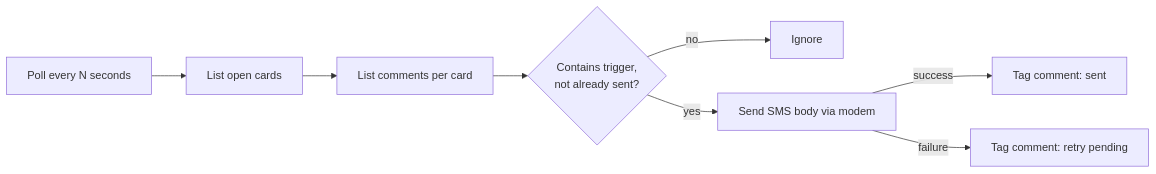
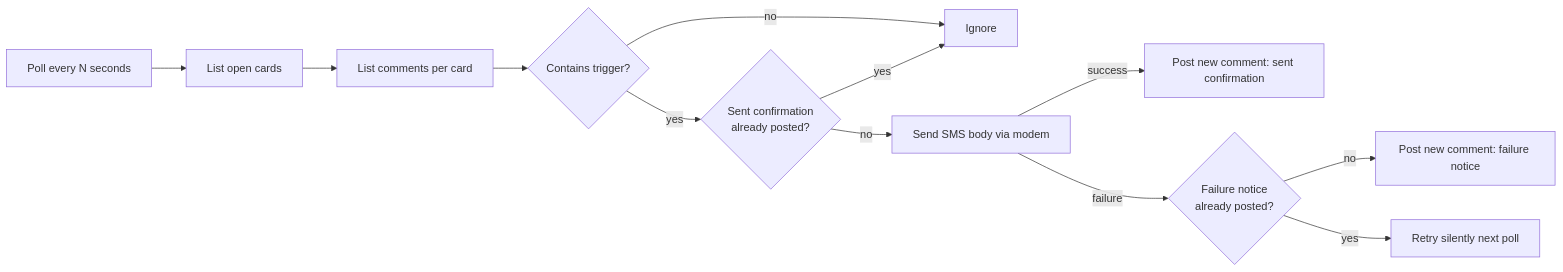
The second of 2 diagrams in README.md (CaenFalaisePlaneurs/pi-sms), drawn with Mermaid before and after one commit. The commit also changed other lines of this file and 7 other files, not shown here.

First line of the commit message:
Refactor SMS reply handling to use status comments in Trello

````diff
--- a/README.md
+++ b/README.md
@@ -70,10 +70,14 @@
 ```mermaid
 flowchart LR
   sched2["Poll every N seconds"] --> cards["List open cards"]
   cards --> comments["List comments per card"]
-  comments --> trig{"Contains trigger,\nnot already sent?"}
+  comments --> trig{"Contains trigger?"}
   trig -->|"no"| ignore["Ignore"]
-  trig -->|"yes"| send["Send SMS body via modem"]
-  send -->|"success"| tagok["Tag comment: sent"]
-  send -->|"failure"| tagfail["Tag comment: retry pending"]
+  trig -->|"yes"| sent{"Sent confirmation\nalready posted?"}
+  sent -->|"yes"| ignore
+  sent -->|"no"| send["Send SMS body via modem"]
+  send -->|"success"| postok["Post new comment: sent confirmation"]
+  send -->|"failure"| notice{"Failure notice\nalready posted?"}
+  notice -->|"no"| postfail["Post new comment: failure notice"]
+  notice -->|"yes"| silent["Retry silently next poll"]
 ```
````
